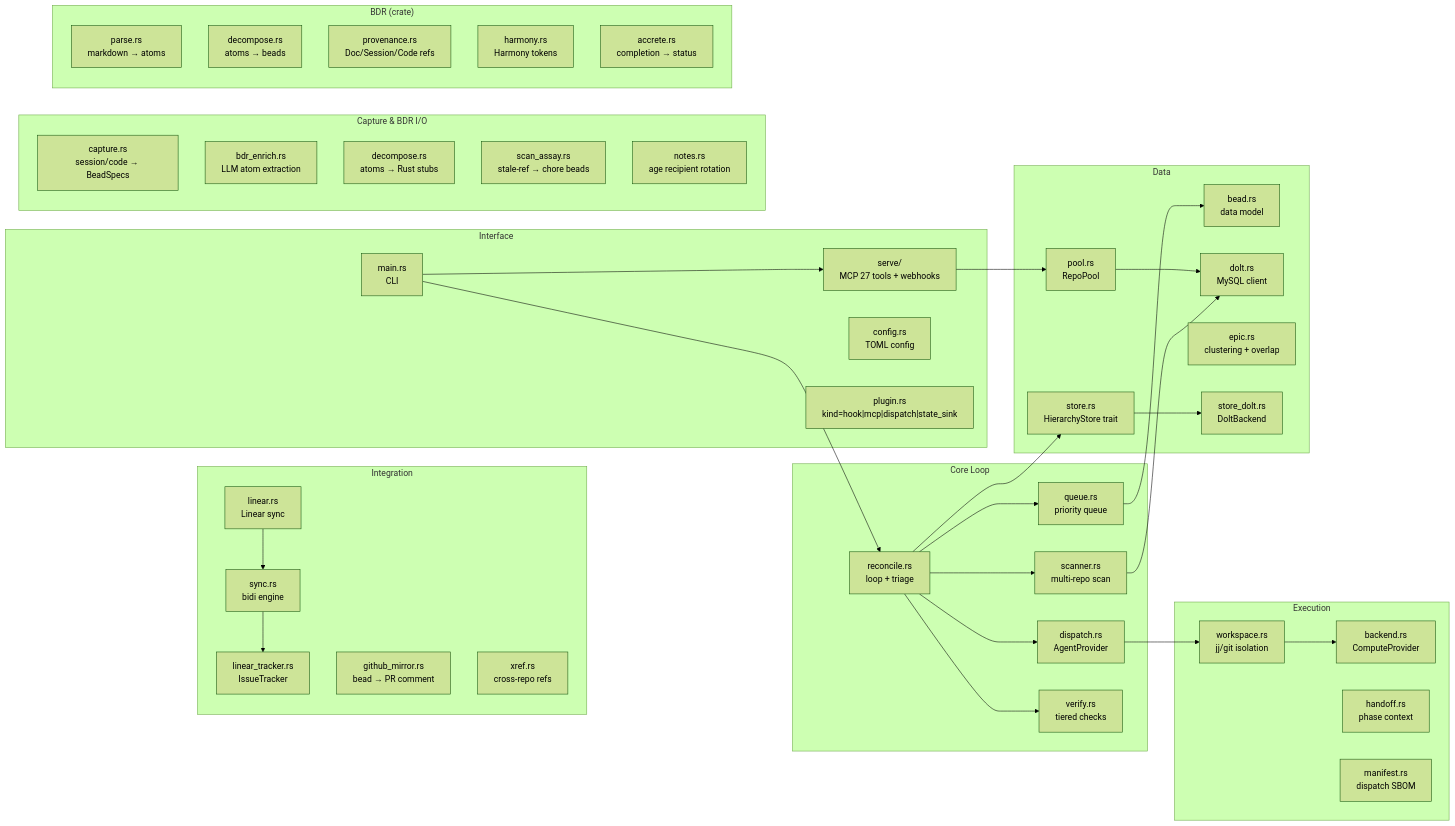
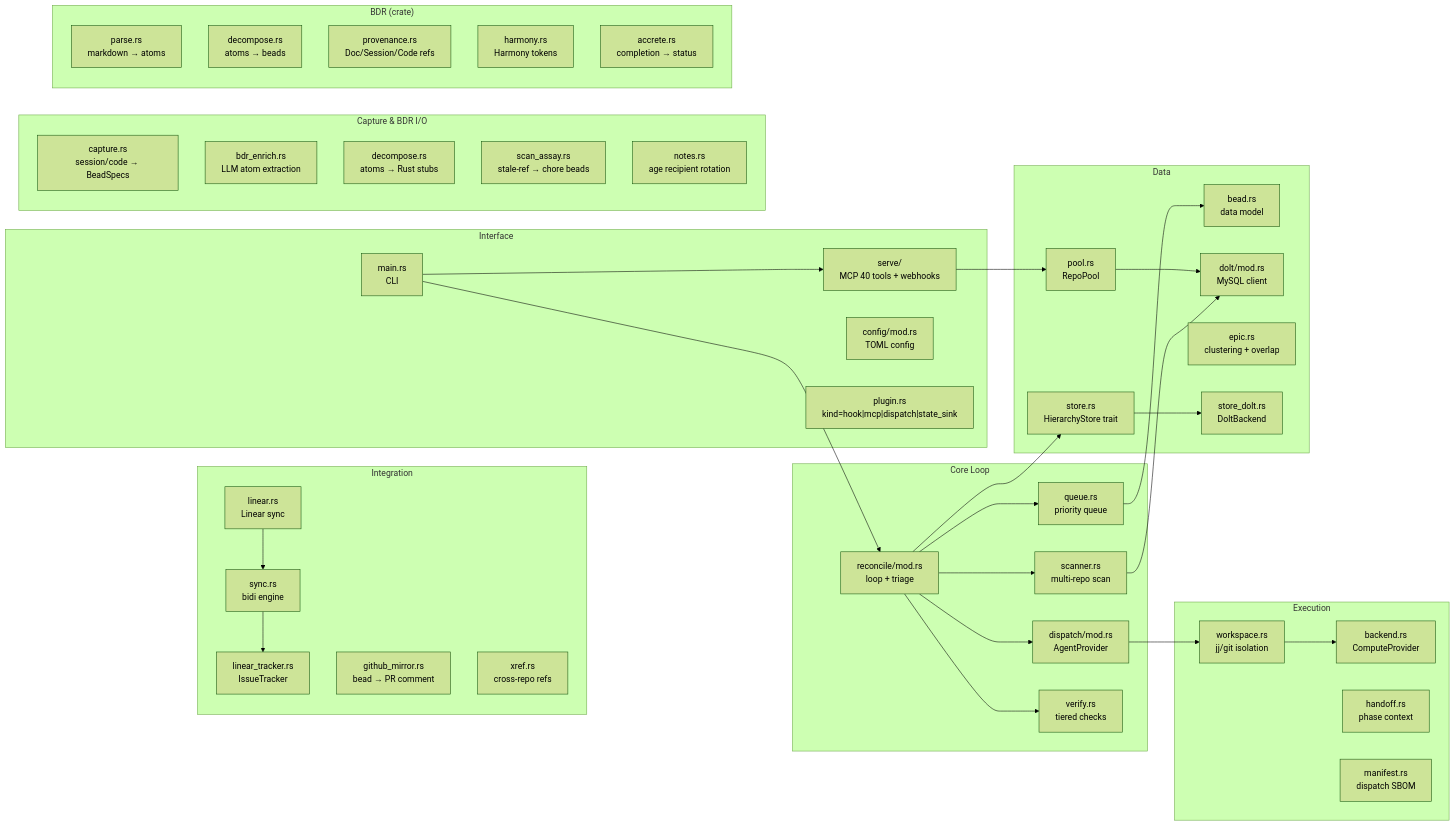
Before and after one commit to agentic-research/rosary: the seventh of 9 diagrams in docs/ARCHITECTURE.md, drawn with Mermaid (forest theme). The commit also changed other lines of this file and 20 other files, not shown here.

````diff
--- a/docs/ARCHITECTURE.md
+++ b/docs/ARCHITECTURE.md
@@ -182,66 +182,66 @@
 ```mermaid
 graph LR
     subgraph "Core Loop"
-        reconcile["reconcile.rs<br/>loop + triage"]
+        reconcile["reconcile/mod.rs<br/>loop + triage"]
         scanner["scanner.rs<br/>multi-repo scan"]
         queue["queue.rs<br/>priority queue"]
-        dispatch["dispatch.rs<br/>AgentProvider"]
+        dispatch["dispatch/mod.rs<br/>AgentProvider"]
         verify["verify.rs<br/>tiered checks"]
     end
 
     subgraph "Execution"
         workspace["workspace.rs<br/>jj/git isolation"]
         backend["backend.rs<br/>ComputeProvider"]
         handoff["handoff.rs<br/>phase context"]
         manifest["manifest.rs<br/>dispatch SBOM"]
     end
 
     subgraph "Data"
         bead["bead.rs<br/>data model"]
-        dolt["dolt.rs<br/>MySQL client"]
+        dolt["dolt/mod.rs<br/>MySQL client"]
         pool["pool.rs<br/>RepoPool"]
         epic["epic.rs<br/>clustering + overlap"]
         store["store.rs<br/>HierarchyStore trait"]
         store_dolt["store_dolt.rs<br/>DoltBackend"]
     end
 
     subgraph "Integration"
         linear["linear.rs<br/>Linear sync"]
         linear_tracker["linear_tracker.rs<br/>IssueTracker"]
         github_mirror["github_mirror.rs<br/>bead → PR comment"]
         sync["sync.rs<br/>bidi engine"]
         xref["xref.rs<br/>cross-repo refs"]
     end
 
     subgraph "Interface"
         main["main.rs<br/>CLI"]
-        serve["serve/<br/>MCP 27 tools + webhooks"]
-        config["config.rs<br/>TOML config"]
+        serve["serve/<br/>MCP 40 tools + webhooks"]
+        config["config/mod.rs<br/>TOML config"]
         plugin["plugin.rs<br/>kind=hook|mcp|dispatch|state_sink"]
     end
 
     subgraph "Capture & BDR I/O"
         capture["capture.rs<br/>session/code → BeadSpecs"]
         bdr_enrich["bdr_enrich.rs<br/>LLM atom extraction"]
         decompose["decompose.rs<br/>atoms → Rust stubs"]
         scan_assay["scan_assay.rs<br/>stale-ref → chore beads"]
         notes["notes.rs<br/>age recipient rotation"]
     end
 
     subgraph "BDR (crate)"
         bdr_parse["parse.rs<br/>markdown → atoms"]
         bdr_decompose["decompose.rs<br/>atoms → beads"]
         bdr_provenance["provenance.rs<br/>Doc/Session/Code refs"]
         bdr_harmony["harmony.rs<br/>Harmony tokens"]
         bdr_accrete["accrete.rs<br/>completion → status"]
     end
 
     reconcile --> scanner --> dolt
     reconcile --> queue --> bead
     reconcile --> dispatch --> workspace --> backend
     reconcile --> verify
     reconcile --> store --> store_dolt
     serve --> pool --> dolt
     linear --> sync --> linear_tracker
     main --> reconcile & serve
 ```
````
